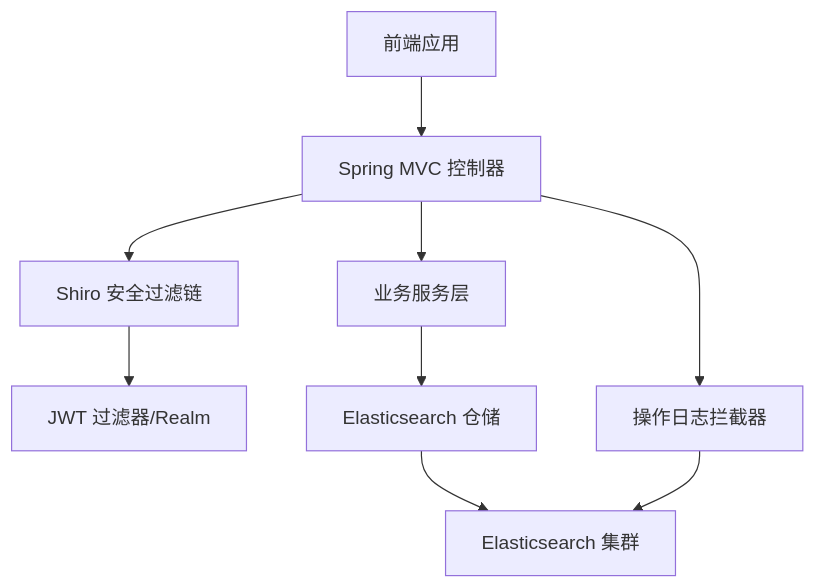
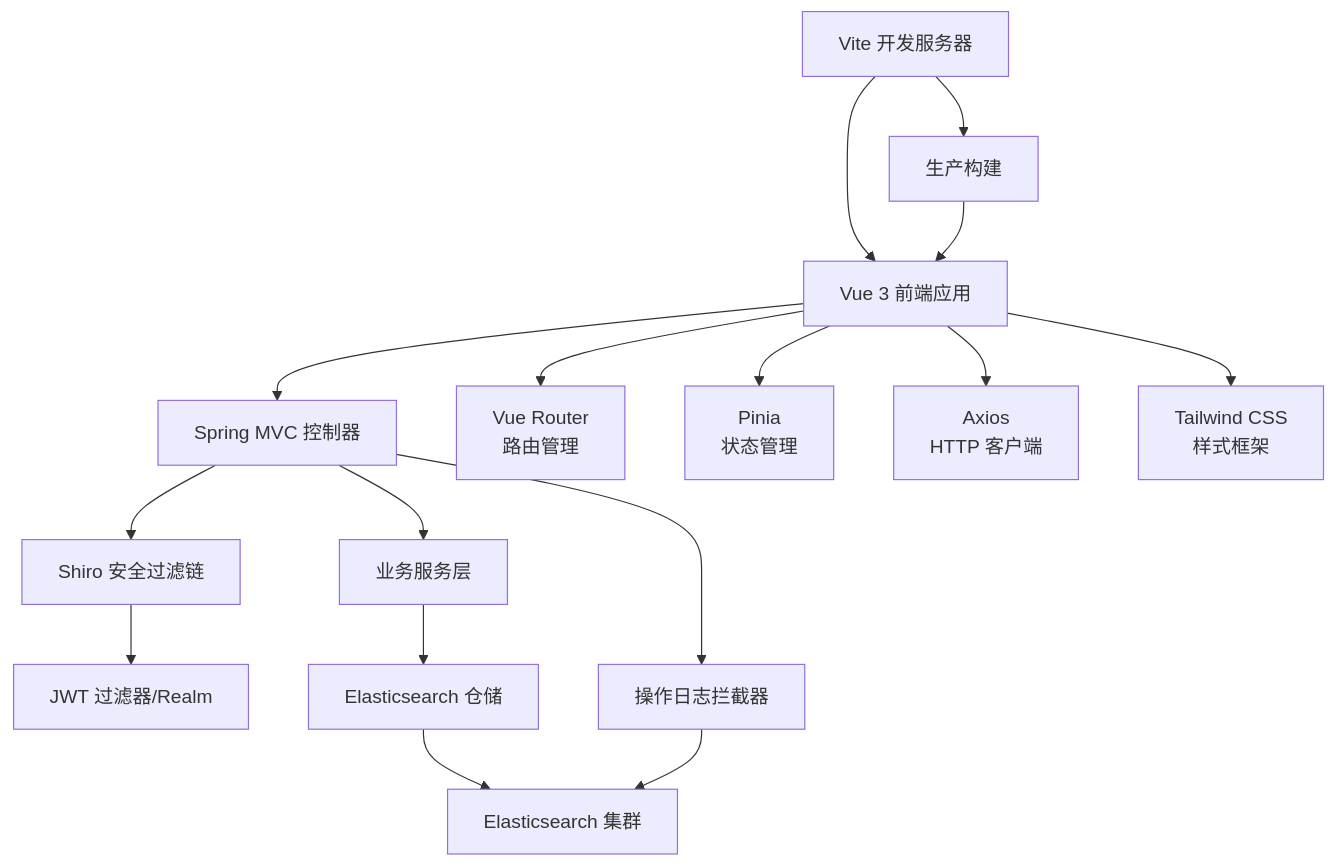
Before and after one commit to 20164206160/zhishilu: the second of 7 diagrams in .qoder/repowiki/zh/content/系统架构/技术选型与依赖.md, drawn with Mermaid. The commit also changed other lines of this file and 28 other files, not shown here.

````diff
--- a/.qoder/repowiki/zh/content/系统架构/技术选型与依赖.md
+++ b/.qoder/repowiki/zh/content/系统架构/技术选型与依赖.md
@@ -126,11 +134,18 @@
 ```mermaid
 graph TB
-FE["前端应用"] --> API["Spring MVC 控制器"]
+FE["Vue 3 前端应用"] --> API["Spring MVC 控制器"]
 API --> SHIRO["Shiro 安全过滤链"]
 SHIRO --> JWT["JWT 过滤器/Realm"]
 API --> SVC["业务服务层"]
 SVC --> REPO["Elasticsearch 仓储"]
 REPO --> ES["Elasticsearch 集群"]
 API --> LOG["操作日志拦截器"]
 LOG --> ES
+FE --> ROUTER["Vue Router<br/>路由管理"]
+FE --> STORE["Pinia<br/>状态管理"]
+FE --> AXIOS["Axios<br/>HTTP 客户端"]
+FE --> TAILWIND["Tailwind CSS<br/>样式框架"]
+VITE["Vite 开发服务器"] --> FE
+VITE --> BUILD["生产构建"]
+BUILD --> FE
 ```
````
